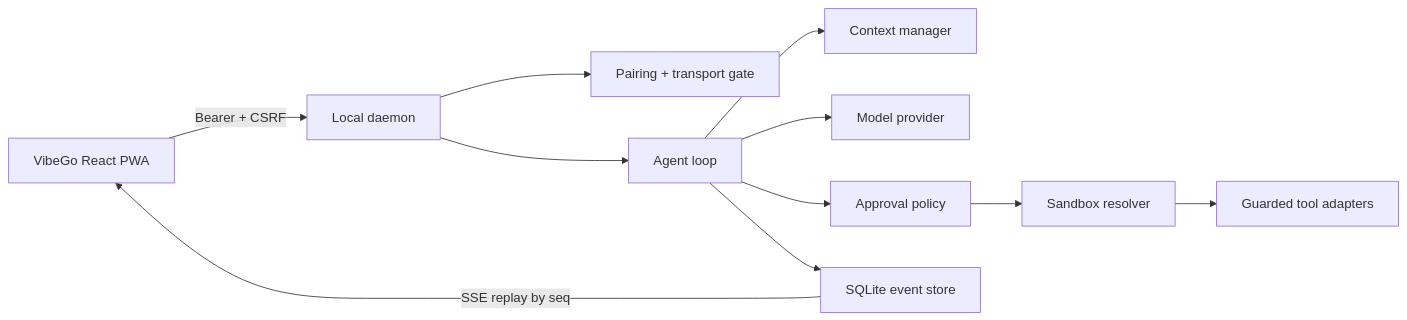
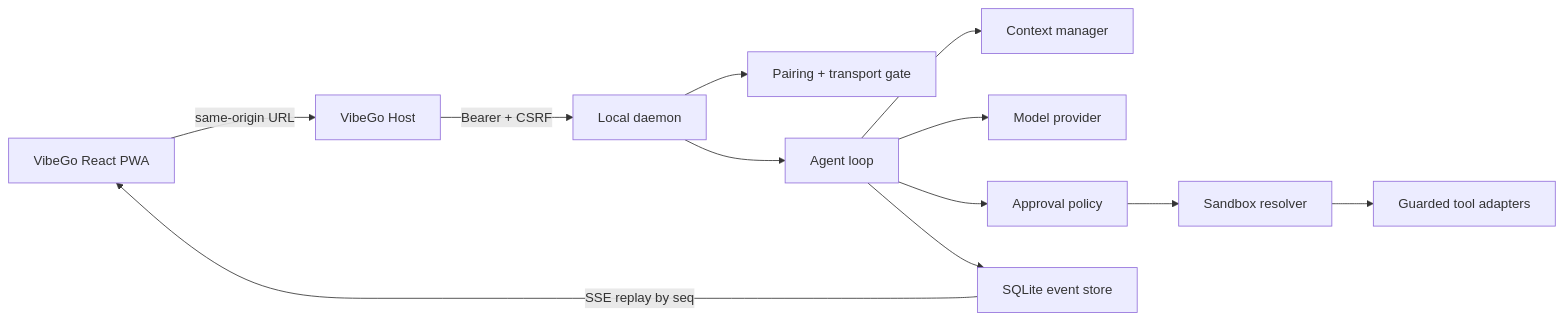
Before and after one commit to stlin256/VibeGo: the first of 2 diagrams in README.md, drawn with Mermaid. The commit also changed other lines of this file and 4 other files, not shown here.

````diff
--- a/README.md
+++ b/README.md
@@ -17,13 +17,14 @@
 ```mermaid
 flowchart LR
-    Browser["VibeGo React PWA"] -->|"Bearer + CSRF"| Daemon["Local daemon"]
+    Browser["VibeGo React PWA"] -->|"same-origin URL"| Host["VibeGo Host"]
+    Host -->|"Bearer + CSRF"| Daemon["Local daemon"]
     Daemon --> Auth["Pairing + transport gate"]
     Daemon --> Loop["Agent loop"]
     Loop --> Context["Context manager"]
     Loop --> Model["Model provider"]
     Loop --> Policy["Approval policy"]
     Policy --> Sandbox["Sandbox resolver"]
     Sandbox --> Tools["Guarded tool adapters"]
     Loop --> Events["SQLite event store"]
     Events -->|"SSE replay by seq"| Browser
 ```
````
